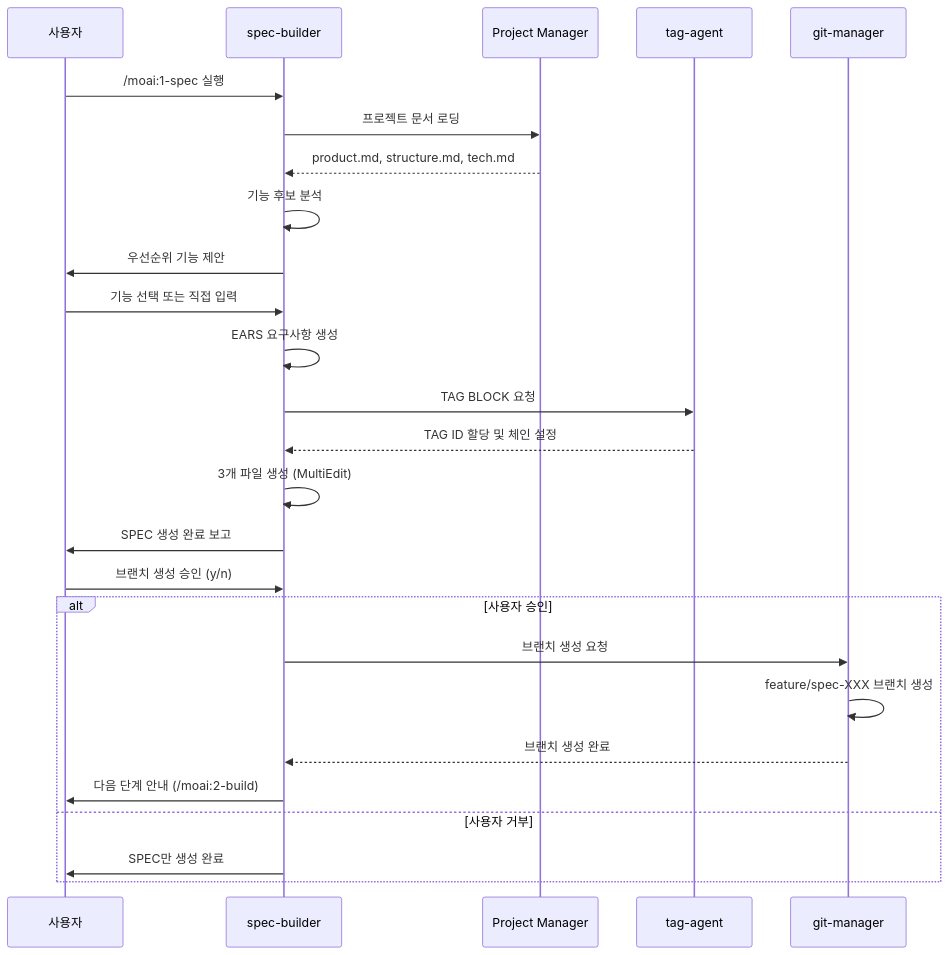
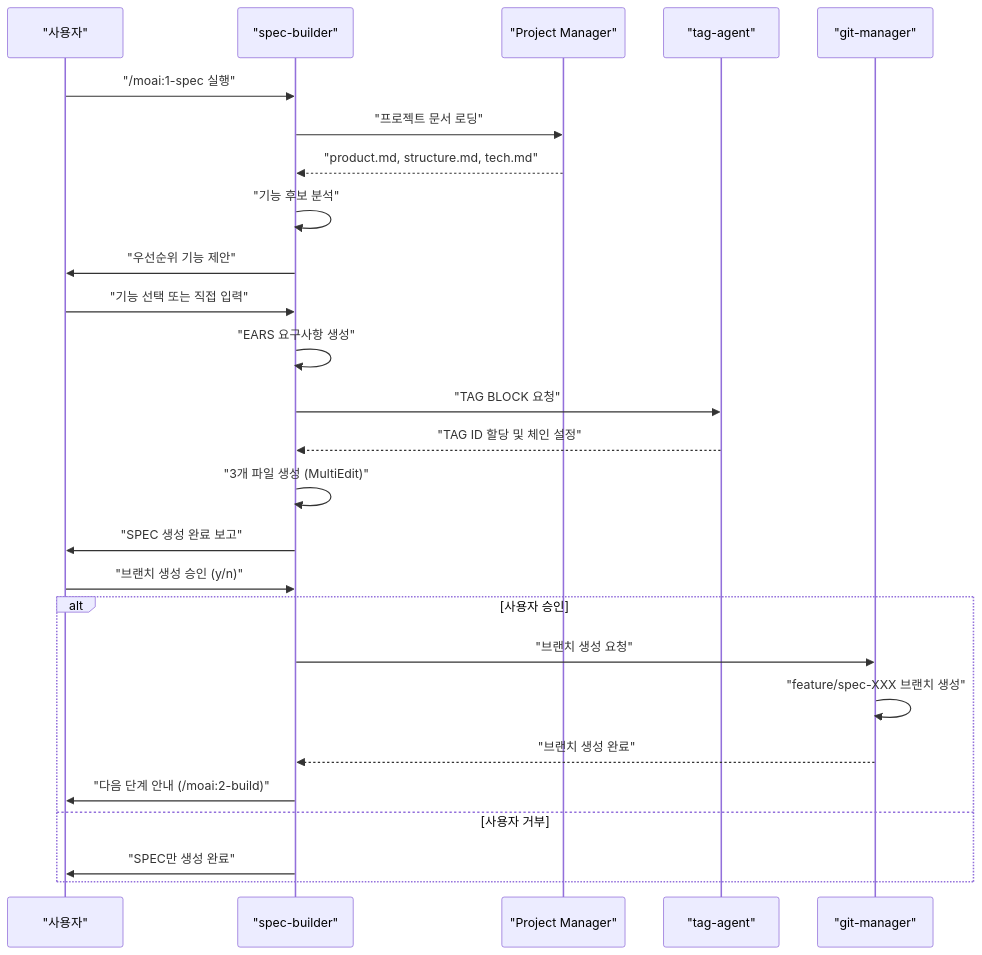
Before and after one commit to modu-ai/moai-adk: the second of 2 diagrams in docs/claude/agents/spec-builder.md, drawn with Mermaid. The commit also changed other lines of this file and 19 other files, not shown here.

First line of the commit message:
🎨 fix: docs 전체 Mermaid 다이어그램 특수문자 오류 수정 (19개 파일)

````diff
--- a/docs/claude/agents/spec-builder.md
+++ b/docs/claude/agents/spec-builder.md
@@ -319,33 +319,33 @@
 ```mermaid
 sequenceDiagram
-    participant U as 사용자
-    participant SB as spec-builder
-    participant PM as Project Manager
-    participant TA as tag-agent
-    participant GM as git-manager
+    participant U as "사용자"
+    participant SB as "spec-builder"
+    participant PM as "Project Manager"
+    participant TA as "tag-agent"
+    participant GM as "git-manager"
 
-    U->>SB: /moai:1-spec 실행
-    SB->>PM: 프로젝트 문서 로딩
-    PM-->>SB: product.md, structure.md, tech.md
+    U->>SB: "/moai:1-spec 실행"
+    SB->>PM: "프로젝트 문서 로딩"
+    PM-->>SB: "product.md, structure.md, tech.md"
 
-    SB->>SB: 기능 후보 분석
-    SB->>U: 우선순위 기능 제안
-    U->>SB: 기능 선택 또는 직접 입력
+    SB->>SB: "기능 후보 분석"
+    SB->>U: "우선순위 기능 제안"
+    U->>SB: "기능 선택 또는 직접 입력"
 
-    SB->>SB: EARS 요구사항 생성
-    SB->>TA: TAG BLOCK 요청
-    TA-->>SB: TAG ID 할당 및 체인 설정
+    SB->>SB: "EARS 요구사항 생성"
+    SB->>TA: "TAG BLOCK 요청"
+    TA-->>SB: "TAG ID 할당 및 체인 설정"
 
-    SB->>SB: 3개 파일 생성 (MultiEdit)
-    SB->>U: SPEC 생성 완료 보고
+    SB->>SB: "3개 파일 생성 (MultiEdit)"
+    SB->>U: "SPEC 생성 완료 보고"
 
-    U->>SB: 브랜치 생성 승인 (y/n)
+    U->>SB: "브랜치 생성 승인 (y/n)"
     alt 사용자 승인
-        SB->>GM: 브랜치 생성 요청
-        GM->>GM: feature/spec-XXX 브랜치 생성
-        GM-->>SB: 브랜치 생성 완료
-        SB->>U: 다음 단계 안내 (/moai:2-build)
+        SB->>GM: "브랜치 생성 요청"
+        GM->>GM: "feature/spec-XXX 브랜치 생성"
+        GM-->>SB: "브랜치 생성 완료"
+        SB->>U: "다음 단계 안내 (/moai:2-build)"
     else 사용자 거부
-        SB->>U: SPEC만 생성 완료
+        SB->>U: "SPEC만 생성 완료"
     end
 ```
````
